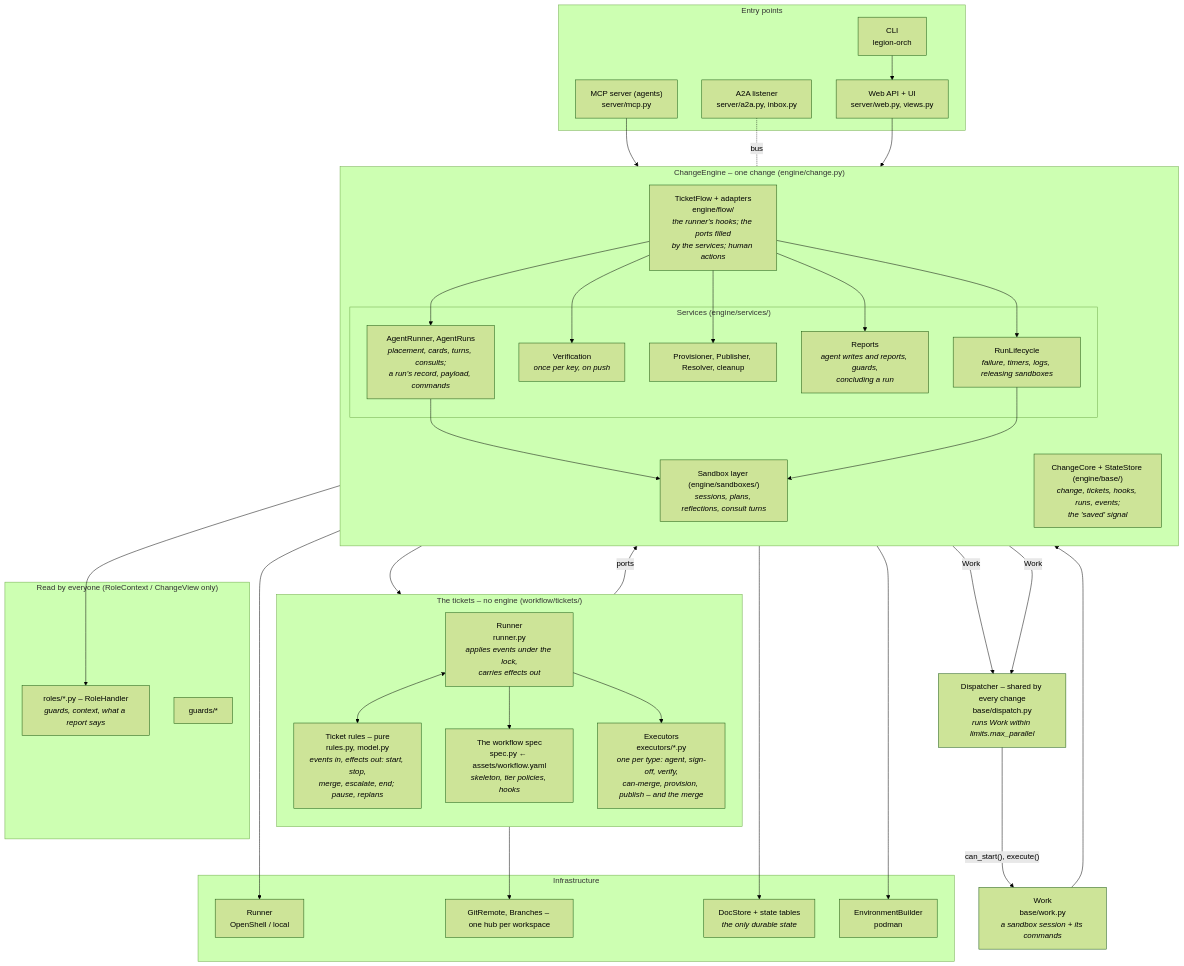
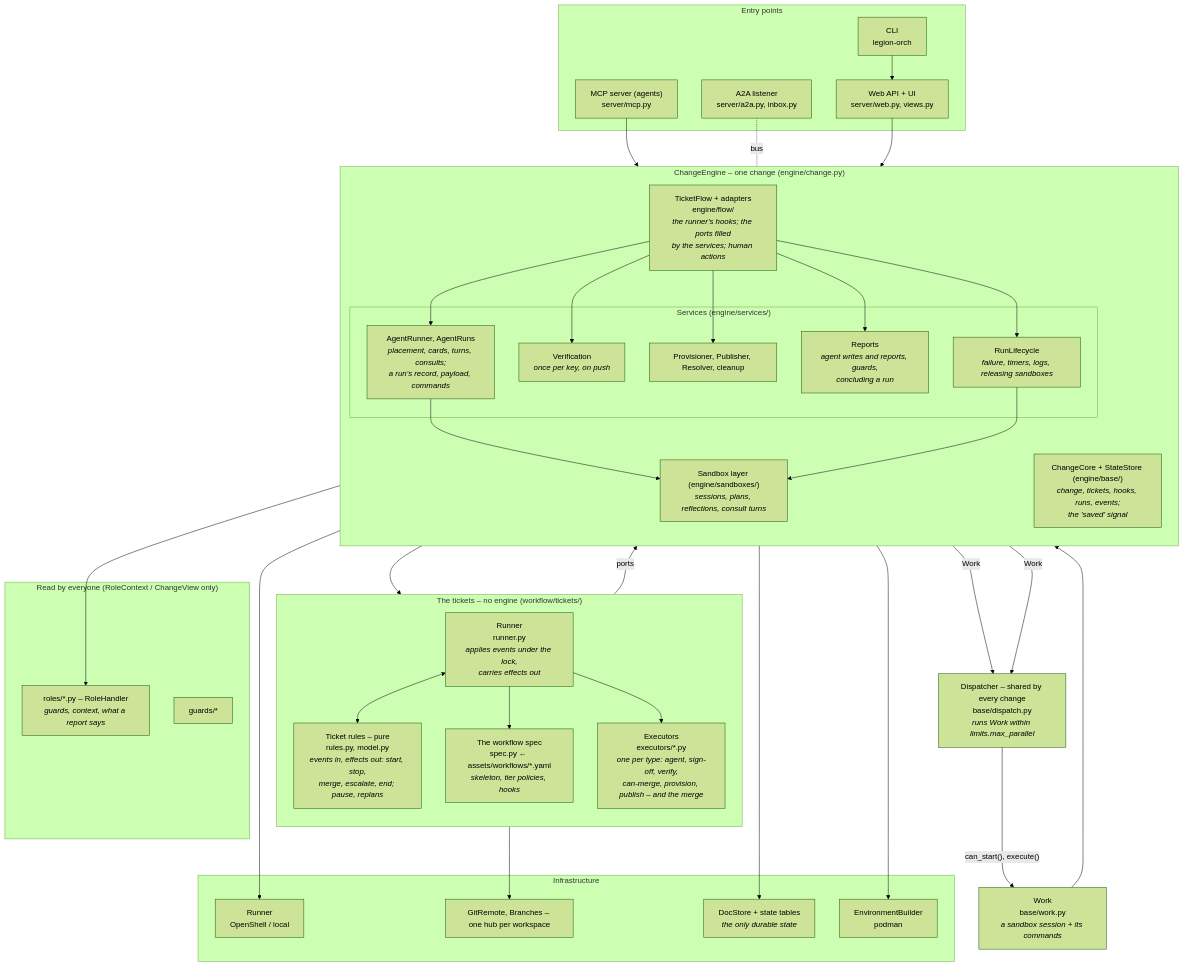
Before and after one commit to mr-miles/orchestrator: the first of 4 diagrams in docs/architecture.md, drawn with Mermaid (forest theme). The commit also changed other lines of this file and 2 other files, not shown here.

Commit message:
docs: README and architecture/C4 describe assets/workflows/ and the design-review workflow

````diff
--- a/docs/architecture.md
+++ b/docs/architecture.md
@@ -18,68 +18,68 @@
 ```mermaid
 flowchart TB
     subgraph entry["Entry points"]
         web["Web API + UI<br/>server/web.py, views.py"]
         mcp["MCP server (agents)<br/>server/mcp.py"]
         a2a["A2A listener<br/>server/a2a.py, inbox.py"]
         cli["CLI<br/>legion-orch"]
     end
 
     subgraph tickets["The tickets – no engine (workflow/tickets/)"]
         direction TB
         rules["Ticket rules – pure<br/>rules.py, model.py<br/><i>events in, effects out: start, stop,<br/>merge, escalate, end; pause, replans</i>"]
-        spec["The workflow spec<br/>spec.py ← assets/workflow.yaml<br/><i>skeleton, tier policies, hooks</i>"]
+        spec["The workflow spec<br/>spec.py ← assets/workflows/*.yaml<br/><i>skeleton, tier policies, hooks</i>"]
         runner["Runner<br/>runner.py<br/><i>applies events under the lock,<br/>carries effects out</i>"]
         execs["Executors<br/>executors/*.py<br/><i>one per type: agent, sign-off, verify,<br/>can-merge, provision, publish – and the merge</i>"]
     end
 
     subgraph engine["ChangeEngine – one change (engine/change.py)"]
         direction TB
         flow["TicketFlow + adapters<br/>engine/flow/<br/><i>the runner's hooks; the ports filled<br/>by the services; human actions</i>"]
         subgraph svc["Services (engine/services/)"]
             agents["AgentRunner, AgentRuns<br/><i>placement, cards, turns, consults;<br/>a run's record, payload, commands</i>"]
             reports["Reports<br/><i>agent writes and reports, guards,<br/>concluding a run</i>"]
             life["RunLifecycle<br/><i>failure, timers, logs, releasing sandboxes</i>"]
             verif["Verification<br/><i>once per key, on push</i>"]
             prov["Provisioner, Publisher, Resolver, cleanup"]
         end
         sbx["Sandbox layer (engine/sandboxes/)<br/><i>sessions, plans, reflections, consult turns</i>"]
         state["ChangeCore + StateStore (engine/base/)<br/><i>change, tickets, hooks, runs, events;<br/>the 'saved' signal</i>"]
     end
 
     disp["Dispatcher – shared by every change<br/>base/dispatch.py<br/><i>runs Work within limits.max_parallel</i>"]
     work["Work<br/>base/work.py<br/><i>a sandbox session + its commands</i>"]
 
     subgraph rolesg["Read by everyone (RoleContext / ChangeView only)"]
         roles["roles/*.py – RoleHandler<br/><i>guards, context, what a report says</i>"]
         guards["guards/*"]
     end
 
     subgraph infra["Infrastructure"]
         runnerx["Runner<br/>OpenShell / local"]
         git["GitRemote, Branches – one hub per workspace"]
         store["DocStore + state tables<br/><i>the only durable state</i>"]
         builder["EnvironmentBuilder<br/>podman"]
     end
 
     web --> engine
     cli --> web
     mcp --> reports
     a2a -. bus .- agents
     flow --> runner
     runner <--> rules
     runner --> spec
     runner --> execs
     execs -- "ports" --> flow
     flow --> agents & verif & prov & reports & life
     agents --> sbx
     agents -- "Work" --> disp
     verif -- "Work" --> disp
     disp -- "can_start(), execute()" --> work
     work --> sbx
     reports --> roles
     life --> sbx
     sbx --> runnerx
     execs --> git
     state --> store
     prov --> builder
 ```
````
